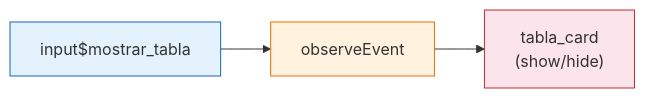
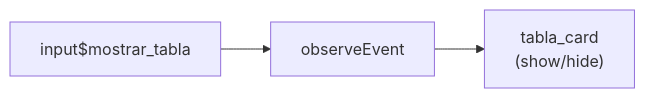
The first of 5 diagrams in content/blog/shiny_parrafo/index.qmd (bastianolea/blog-R), drawn with Mermaid before and after one commit. The commit also changed other lines of this file and 3 other files, not shown here.

````diff
--- a/content/blog/shiny_parrafo/index.qmd
+++ b/content/blog/shiny_parrafo/index.qmd
@@ -681,12 +673,8 @@
 ```{mermaid}
 graph LR
-mostrar_tabla["input$mostrar_tabla"]:::input
-obs["observeEvent"]:::observer
-tabla_card["tabla_card<br>(show/hide)"]:::output
+mostrar_tabla["input$mostrar_tabla"]
+obs["observeEvent"]
+tabla_card["tabla_card<br>(show/hide)"]
 
 mostrar_tabla --> obs --> tabla_card
-
-classDef input fill:#e3f2fd,stroke:#1565c0
-classDef observer fill:#fff3e0,stroke:#ef6c00
-classDef output fill:#fce4ec,stroke:#c62828
 ```
````
